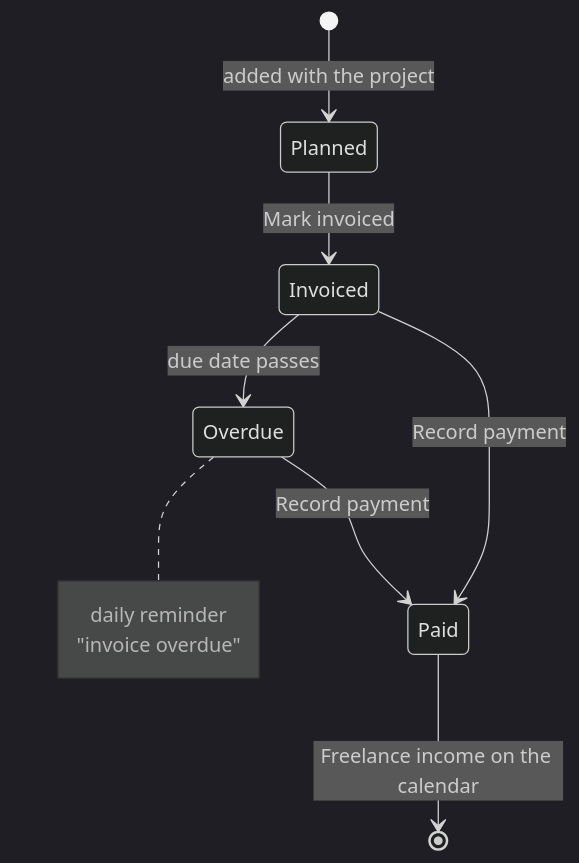
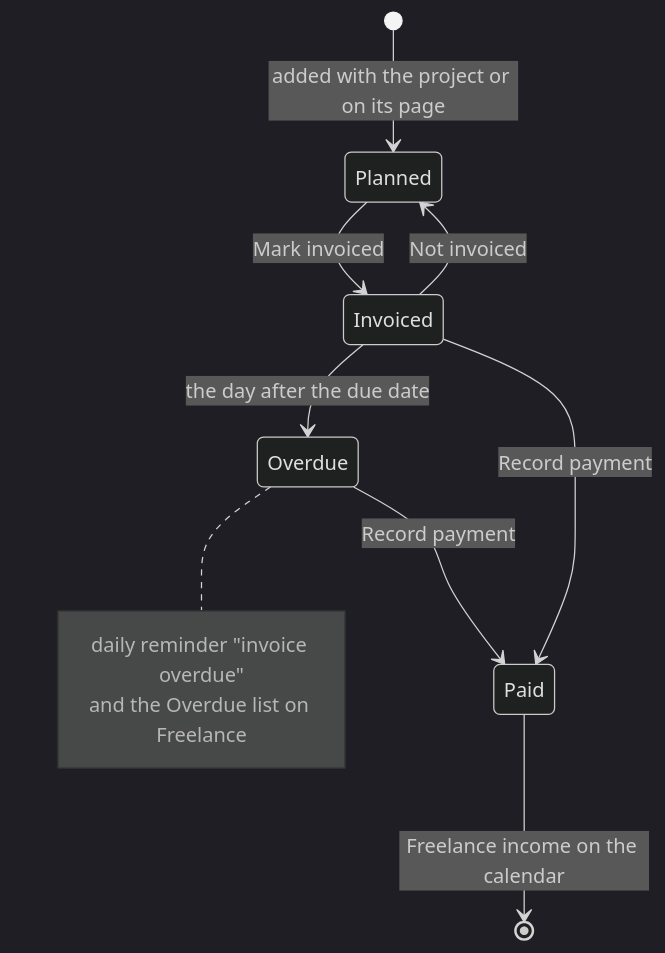
One commit to NethmikaKekuu/MoneyTrail changed the sixth of 9 diagrams in docs/diagrams.md. Above: the diagram before and after it, drawn with Mermaid (dark theme). The commit also changed other lines of this file, not shown here.

Commit message:
Docs: update diagrams for the new freelance flow

````diff
--- a/docs/diagrams.md
+++ b/docs/diagrams.md
@@ -123,10 +123,11 @@
 ```mermaid
 stateDiagram-v2
-    [*] --> Planned: added with the project
+    [*] --> Planned: added with the project or on its page
     Planned --> Invoiced: Mark invoiced
-    Invoiced --> Overdue: due date passes
+    Invoiced --> Planned: Not invoiced
+    Invoiced --> Overdue: the day after the due date
     Overdue --> Paid: Record payment
     Invoiced --> Paid: Record payment
     Paid --> [*]: Freelance income on the calendar
-    note right of Overdue: daily reminder<br/>"invoice overdue"
+    note right of Overdue: daily reminder "invoice overdue"<br/>and the Overdue list on Freelance
 ```
````
